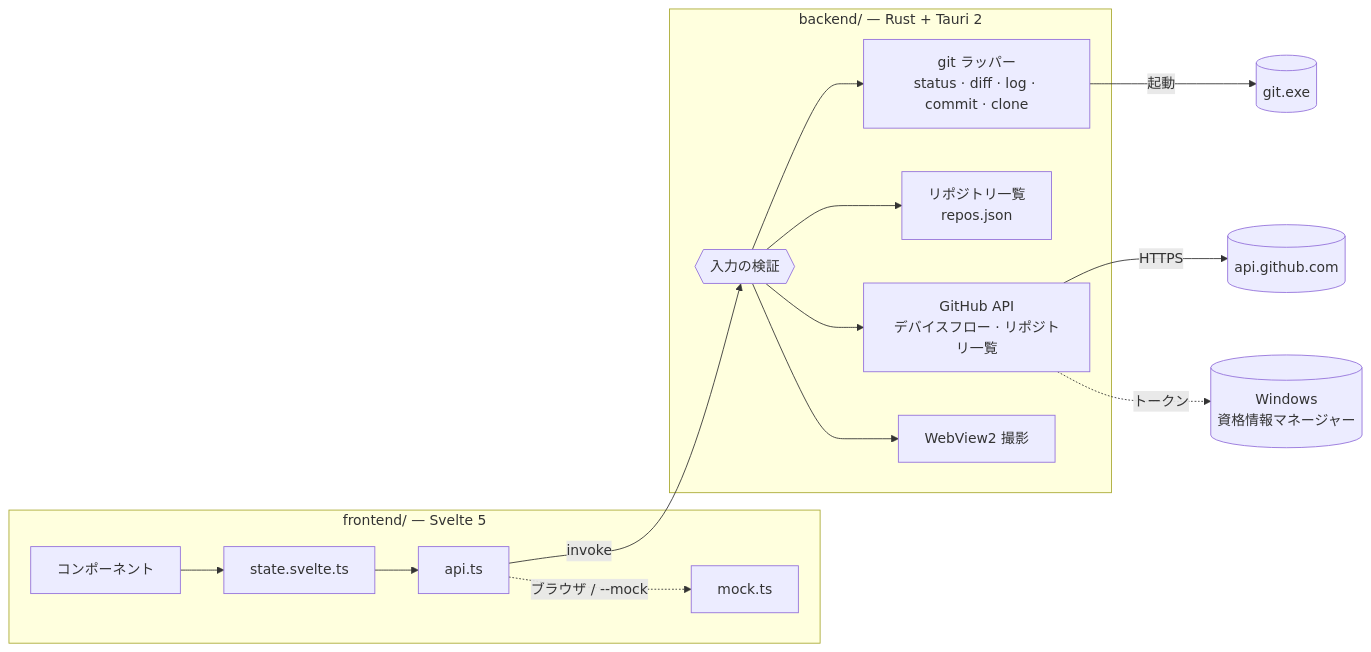
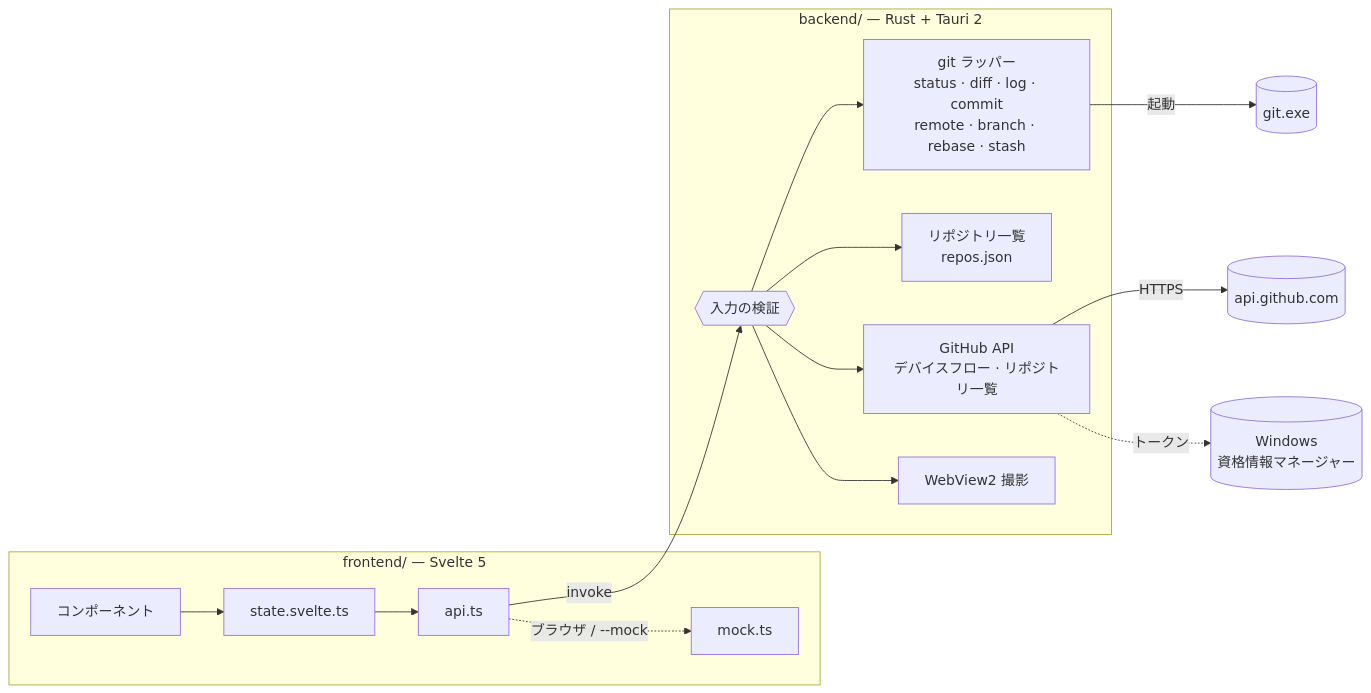
The diagram in README.ja.md (valneko-twoon2/Leveret), drawn with Mermaid before and after one commit. The commit also changed other lines of this file and 30 other files, not shown here.

````diff
--- a/README.ja.md
+++ b/README.ja.md
@@ -97,18 +120,18 @@
 ```mermaid
 flowchart LR
     subgraph UI["frontend/ — Svelte 5"]
         C[コンポーネント] --> S[state.svelte.ts]
         S --> A[api.ts]
         A -. ブラウザ / --mock .-> M[mock.ts]
     end
     subgraph Core["backend/ — Rust + Tauri 2"]
-        V{{入力の検証}} --> G[git ラッパー<br>status · diff · log · commit · clone]
+        V{{入力の検証}} --> G[git ラッパー<br>status · diff · log · commit<br>remote · branch · rebase · stash]
         V --> R[リポジトリ一覧<br>repos.json]
         V --> H[GitHub API<br>デバイスフロー · リポジトリ一覧]
         V --> P[WebView2 撮影]
     end
     A -- invoke --> V
     G -- 起動 --> X[(git.exe)]
     H -- HTTPS --> GH[(api.github.com)]
     H -. トークン .-> K[(Windows<br>資格情報マネージャー)]
 ```
````
